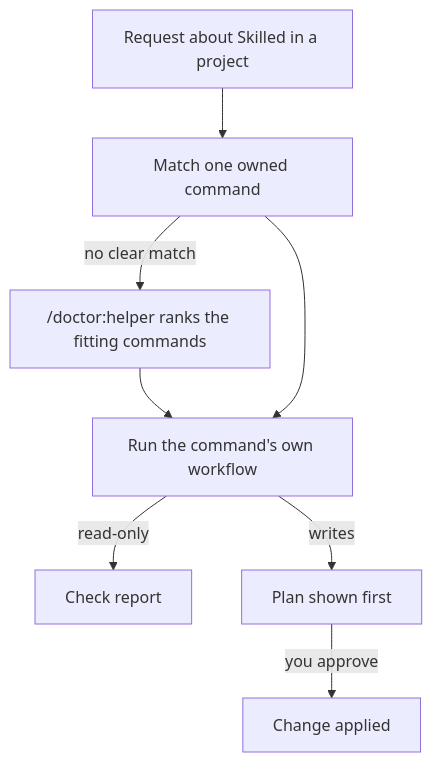
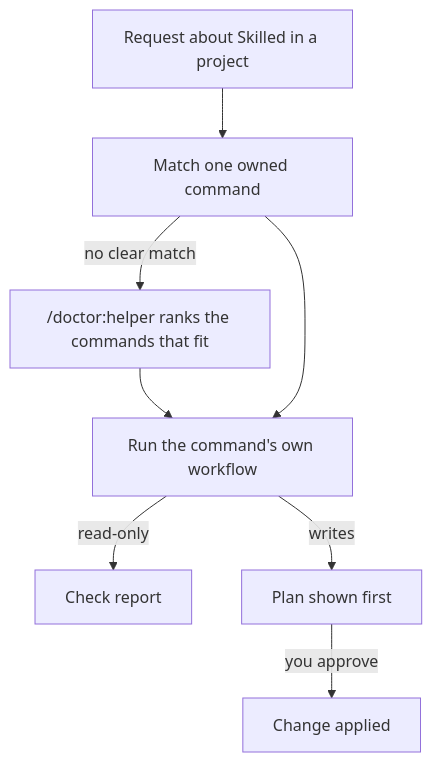
The diagram in .skilled/skills/system-skilled-doctor/README.md (MichelKerkmeester/skilled-agent-harness_spec-driven-loops), drawn with Mermaid before and after one commit. The commit also changed other lines of this file and 30 other files, not shown here.

````diff
--- a/.skilled/skills/system-skilled-doctor/README.md
+++ b/.skilled/skills/system-skilled-doctor/README.md
@@ -78,10 +80,10 @@
 ```mermaid
 flowchart TD
   Request["Request about Skilled in a project"] --> Match["Match one owned command"]
-  Match -->|"no clear match"| Helper["/doctor:helper ranks the fitting commands"]
+  Match -->|"no clear match"| Helper["/doctor:helper ranks the commands that fit"]
   Helper --> Run
   Match --> Run["Run the command's own workflow"]
   Run -->|"read-only"| Report["Check report"]
   Run -->|"writes"| Plan["Plan shown first"]
   Plan -->|"you approve"| Apply["Change applied"]
 ```
````
